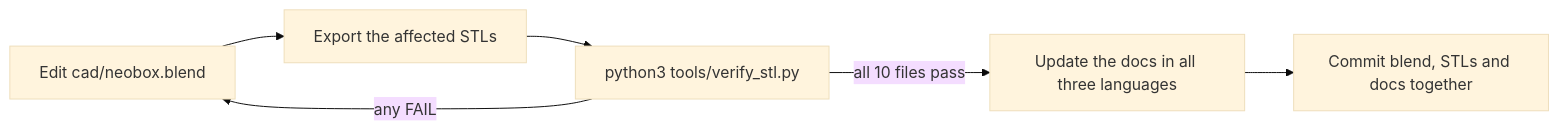
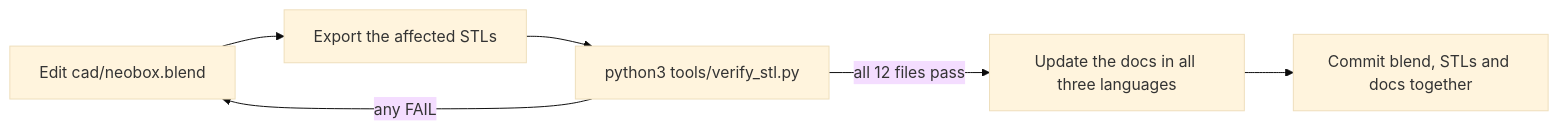
One commit to Neoanaloglab/Neobox changed the diagram in docs/design.md. Above: the diagram before and after it, drawn with Mermaid (base theme). The commit also changed other lines of this file and 44 other files, not shown here.

````diff
--- a/docs/design.md
+++ b/docs/design.md
@@ -384,8 +415,8 @@
 ```mermaid
 flowchart LR
   A[Edit cad/neobox.blend] --> B[Export the affected STLs]
   B --> C[python3 tools/verify_stl.py]
-  C -->|all 10 files pass| D[Update the docs in all three languages]
+  C -->|all 12 files pass| D[Update the docs in all three languages]
   C -->|any FAIL| A
   D --> E[Commit blend, STLs and docs together]
 ```
````
